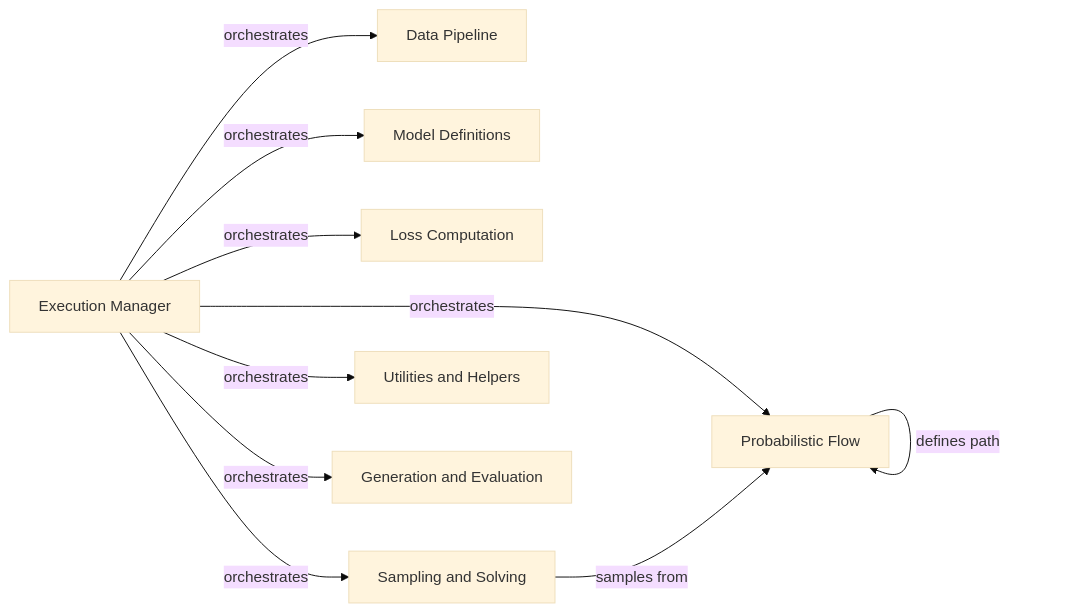
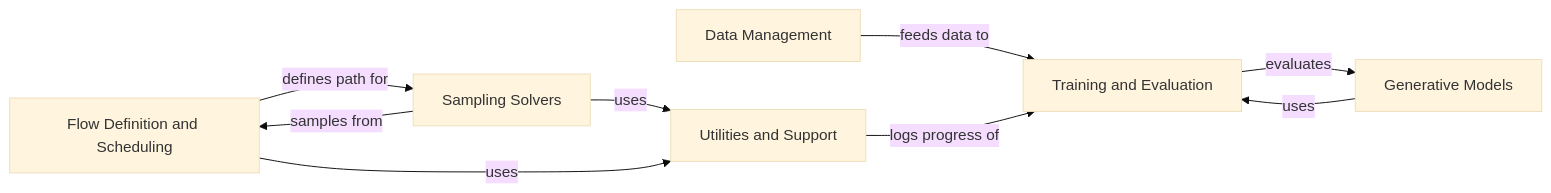
The diagram in flow_matching/on_boarding.md (CodeBoarding/GeneratedOnBoardings), drawn with Mermaid (base theme) before and after one commit. The commit also changed other lines of this file and 67 other files, not shown here.

Commit message:
Uploading onboarding materials for flow_matching

````diff
--- a/flow_matching/on_boarding.md
+++ b/flow_matching/on_boarding.md
@@ -1,28 +1,23 @@
 ```mermaid
 graph LR
-    Execution_Manager["Execution Manager"]
-    Data_Pipeline["Data Pipeline"]
-    Model_Definitions["Model Definitions"]
-    Probabilistic_Flow["Probabilistic Flow"]
-    Loss_Computation["Loss Computation"]
-    Sampling_and_Solving["Sampling and Solving"]
-    Utilities_and_Helpers["Utilities and Helpers"]
-    Generation_and_Evaluation["Generation and Evaluation"]
-    Execution_Manager -- "orchestrates" --> Data_Pipeline
-    Execution_Manager -- "orchestrates" --> Model_Definitions
-    Execution_Manager -- "orchestrates" --> Probabilistic_Flow
-    Execution_Manager -- "orchestrates" --> Loss_Computation
-    Execution_Manager -- "orchestrates" --> Sampling_and_Solving
-    Execution_Manager -- "orchestrates" --> Utilities_and_Helpers
-    Execution_Manager -- "orchestrates" --> Generation_and_Evaluation
-    Probabilistic_Flow -- "defines path" --> Probabilistic_Flow
-    Sampling_and_Solving -- "samples from" --> Probabilistic_Flow
-    click Execution_Manager href "https://github.com/CodeBoarding/GeneratedOnBoardings/blob/main/flow_matching/Execution Manager.md" "Details"
-    click Data_Pipeline href "https://github.com/CodeBoarding/GeneratedOnBoardings/blob/main/flow_matching/Data Pipeline.md" "Details"
-    click Model_Definitions href "https://github.com/CodeBoarding/GeneratedOnBoardings/blob/main/flow_matching/Model Definitions.md" "Details"
-    click Probabilistic_Flow href "https://github.com/CodeBoarding/GeneratedOnBoardings/blob/main/flow_matching/Probabilistic Flow.md" "Details"
-    click Loss_Computation href "https://github.com/CodeBoarding/GeneratedOnBoardings/blob/main/flow_matching/Loss Computation.md" "Details"
-    click Sampling_and_Solving href "https://github.com/CodeBoarding/GeneratedOnBoardings/blob/main/flow_matching/Sampling and Solving.md" "Details"
-    click Utilities_and_Helpers href "https://github.com/CodeBoarding/GeneratedOnBoardings/blob/main/flow_matching/Utilities and Helpers.md" "Details"
-    click Generation_and_Evaluation href "https://github.com/CodeBoarding/GeneratedOnBoardings/blob/main/flow_matching/Generation and Evaluation.md" "Details"
+    Data_Management["Data Management"]
+    Generative_Models["Generative Models"]
+    Flow_Definition_and_Scheduling["Flow Definition and Scheduling"]
+    Sampling_Solvers["Sampling Solvers"]
+    Training_and_Evaluation["Training and Evaluation"]
+    Utilities_and_Support["Utilities and Support"]
+    Data_Management -- "feeds data to" --> Training_and_Evaluation
+    Generative_Models -- "uses" --> Training_and_Evaluation
+    Flow_Definition_and_Scheduling -- "defines path for" --> Sampling_Solvers
+    Sampling_Solvers -- "samples from" --> Flow_Definition_and_Scheduling
+    Training_and_Evaluation -- "evaluates" --> Generative_Models
+    Utilities_and_Support -- "logs progress of" --> Training_and_Evaluation
+    Sampling_Solvers -- "uses" --> Utilities_and_Support
+    Flow_Definition_and_Scheduling -- "uses" --> Utilities_and_Support
+    click Data_Management href "https://github.com/CodeBoarding/GeneratedOnBoardings/blob/main/flow_matching/Data Management.md" "Details"
+    click Generative_Models href "https://github.com/CodeBoarding/GeneratedOnBoardings/blob/main/flow_matching/Generative Models.md" "Details"
+    click Flow_Definition_and_Scheduling href "https://github.com/CodeBoarding/GeneratedOnBoardings/blob/main/flow_matching/Flow Definition and Scheduling.md" "Details"
+    click Sampling_Solvers href "https://github.com/CodeBoarding/GeneratedOnBoardings/blob/main/flow_matching/Sampling Solvers.md" "Details"
+    click Training_and_Evaluation href "https://github.com/CodeBoarding/GeneratedOnBoardings/blob/main/flow_matching/Training and Evaluation.md" "Details"
+    click Utilities_and_Support href "https://github.com/CodeBoarding/GeneratedOnBoardings/blob/main/flow_matching/Utilities and Support.md" "Details"
 ```
````
